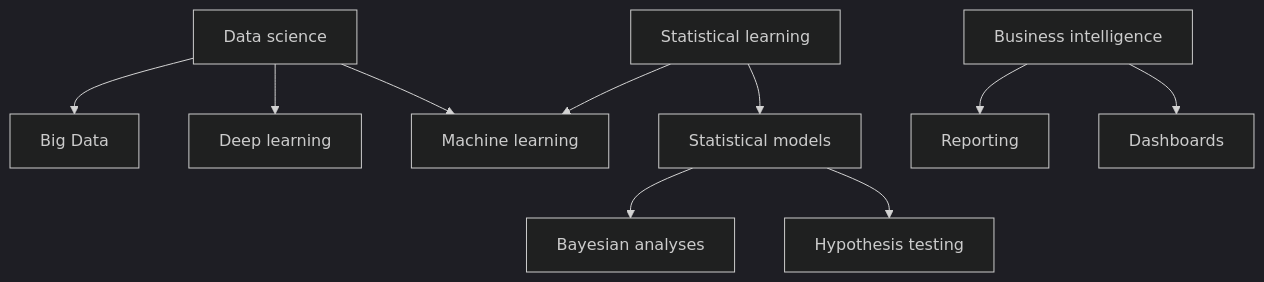
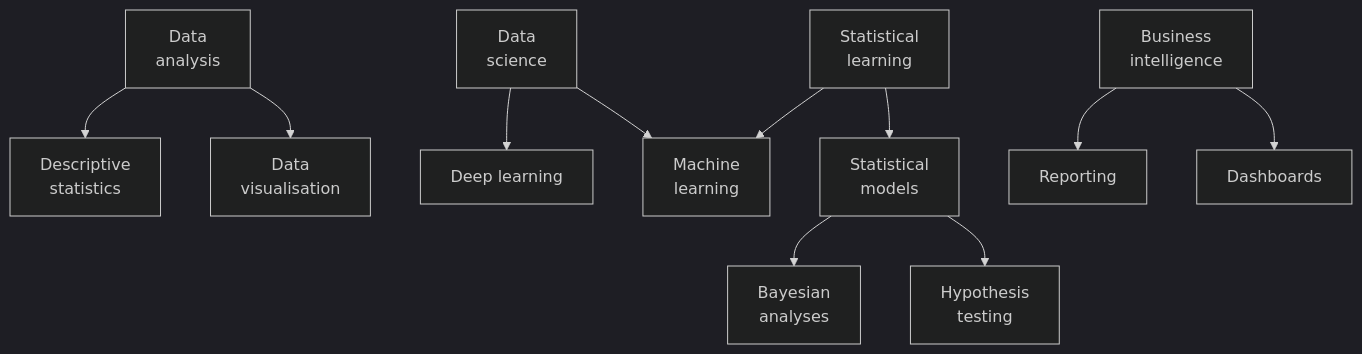
One commit to shriv/foss4g-2022 changed the diagram in presentation.qmd. Above: the diagram before and after it, drawn with Mermaid (dark theme). The commit also changed other lines of this file, not shown here.

Commit message:
Minor changes

````diff
--- a/presentation.qmd
+++ b/presentation.qmd
@@ -25,12 +25,13 @@
 ```{mermaid}
 flowchart TB
-  ds --> bd[Big Data]
+  da[Data <br> analysis] --> des[Descriptive <br> statistics]
+  da --> viz[Data <br> visualisation]
   ds --> dl[Deep learning]
-  ds[Data science] --> ml[Machine learning]
-  sl[Statistical learning] --> sm[Statistical models]
-  sm --> ba[Bayesian analyses]
-  sm --> ht[Hypothesis testing]
+  ds[Data <br> science] --> ml[Machine <br> learning]
+  sl[Statistical <br> learning] --> sm[Statistical <br> models]
+  sm --> ba[Bayesian <br> analyses]
+  sm --> ht[Hypothesis <br> testing]
   sl --> ml
-  bi[Business intelligence] --> re[Reporting]
+  bi[Business <br> intelligence] --> re[Reporting]
   bi --> db[Dashboards]
 ```
````
